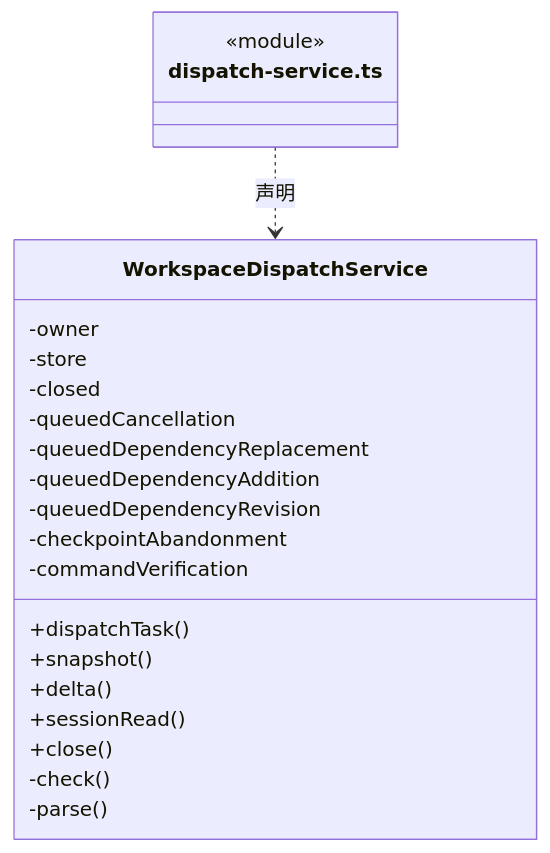
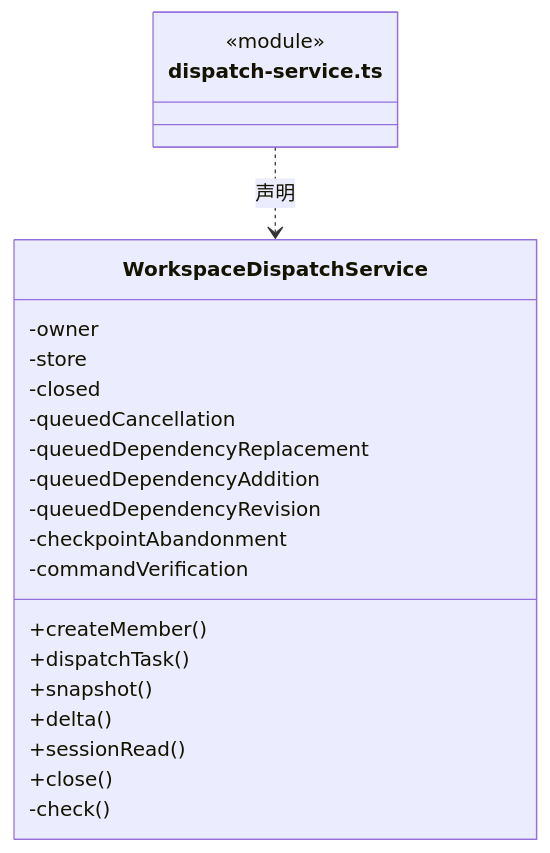
Before and after one commit to nan023062/cbim: the eighth of 15 diagrams in src/logic/dispatch/runtime/ARCHITECTURE.md, drawn with Mermaid. The commit also changed other lines of this file and 24 other files, not shown here.

````diff
--- a/src/logic/dispatch/runtime/ARCHITECTURE.md
+++ b/src/logic/dispatch/runtime/ARCHITECTURE.md
@@ -262,25 +262,25 @@
 ```mermaid
 classDiagram
 class N_src_logic_dispatch_runtime_dispatch_service_ts["dispatch-service.ts"] {
   <<module>>
 }
 class N_src_logic_dispatch_runtime_dispatch_service_ts_WorkspaceDispatchService["WorkspaceDispatchService"] {
+  +createMember()
   +dispatchTask()
   +snapshot()
   +delta()
   +sessionRead()
   +close()
   -owner
   -store
   -closed
   -queuedCancellation
   -queuedDependencyReplacement
   -queuedDependencyAddition
   -queuedDependencyRevision
   -checkpointAbandonment
   -commandVerification
   -check()
-  -parse()
 }
 N_src_logic_dispatch_runtime_dispatch_service_ts ..> N_src_logic_dispatch_runtime_dispatch_service_ts_WorkspaceDispatchService : 声明
 ```
````
